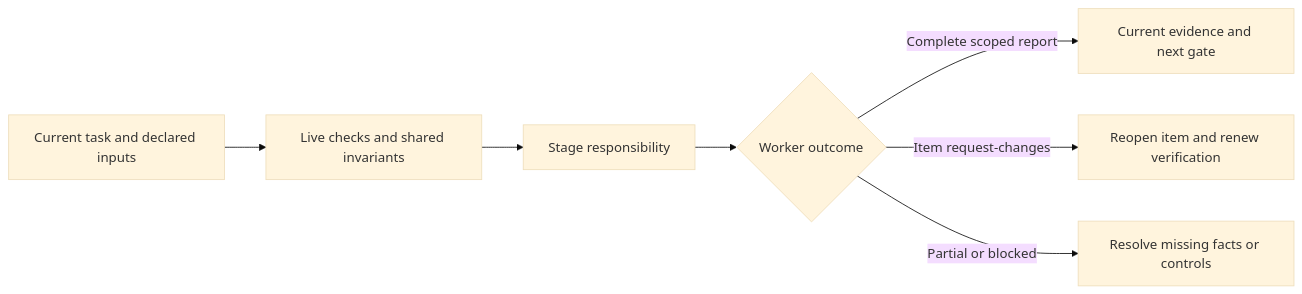
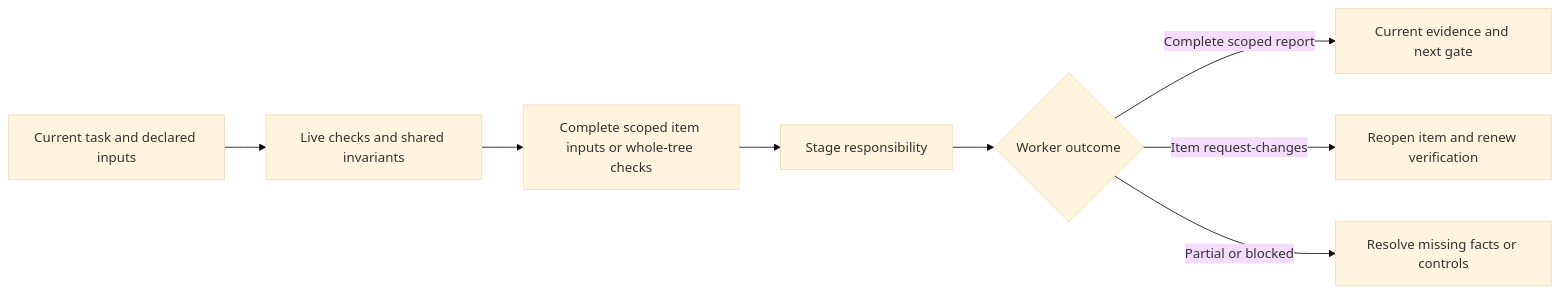
One commit to wgentil/devflow changed the diagram in skills/review-work/SKILL.md. Above: the diagram before and after it, drawn with Mermaid (base theme). The commit also changed other lines of this file and 9 other files, not shown here.

Commit message:
fix: scope item review freshness to complete packaged inputs

````diff
--- a/skills/review-work/SKILL.md
+++ b/skills/review-work/SKILL.md
@@ -14,9 +14,10 @@
 ```mermaid
 flowchart LR
     Scope[Current task and declared inputs] --> Checks[Live checks and shared invariants]
-    Checks --> Work[Stage responsibility]
+    Checks --> Inputs[Complete scoped item inputs or whole-tree checks]
+    Inputs --> Work[Stage responsibility]
     Work --> Result{Worker outcome}
     Result -->|Complete scoped report| Evidence[Current evidence and next gate]
     Result -->|Item request-changes| Retry[Reopen item and renew verification]
     Result -->|Partial or blocked| Recover[Resolve missing facts or controls]
 ```
````
